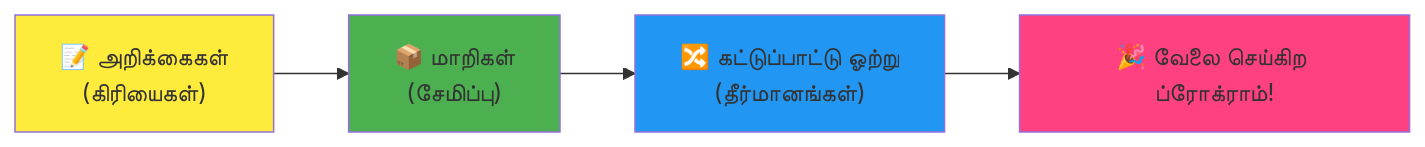
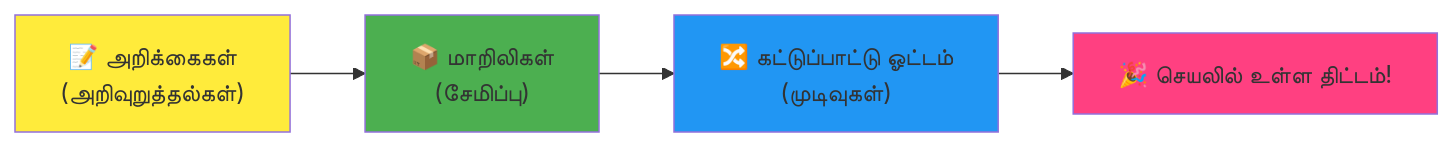
The fourth of 7 diagrams in translations/ta/1-getting-started-lessons/1-intro-to-programming-languages/README.md (microsoft/Web-Dev-For-Beginners), drawn with Mermaid before and after one commit. The commit also changed other lines of this file and 8 other files, not shown here.

````diff
--- a/translations/ta/1-getting-started-lessons/1-intro-to-programming-languages/README.md
+++ b/translations/ta/1-getting-started-lessons/1-intro-to-programming-languages/README.md
@@ -465,9 +466,9 @@
 ```mermaid
 flowchart LR
-    A["📝 அறிக்கைகள்<br/>(கிரியைகள்)"] --> B["📦 மாறிகள்<br/>(சேமிப்பு)"] --> C["🔀 கட்டுப்பாட்டு ஓற்று<br/>(தீர்மானங்கள்)"] --> D["🎉 வேலை செய்கிற ப்ரோக்ராம்!"]
+    A["📝 அறிக்கைகள்<br/>(அறிவுறுத்தல்கள்)"] --> B["📦 மாறிலிகள்<br/>(சேமிப்பு)"] --> C["🔀 கட்டுப்பாட்டு ஓட்டம்<br/>(முடிவுகள்)"] --> D["🎉 செயலில் உள்ள திட்டம்!"]
     
     style A fill:#ffeb3b
     style B fill:#4caf50
     style C fill:#2196f3
     style D fill:#ff4081
 ```
````
